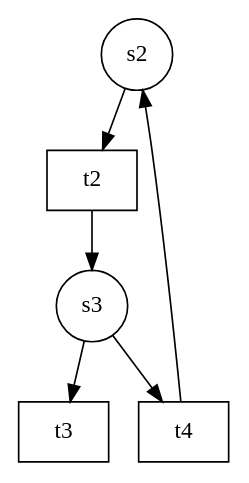
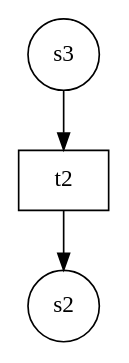
The diagram in Reduktionsalgorithmen/petri-netz.gv (dnannen/reduction-of-petri-nets), drawn with Graphviz before and after one commit. The commit also changed 1 other file, not shown here.

```diff
--- a/Reduktionsalgorithmen/petri-netz.gv
+++ b/Reduktionsalgorithmen/petri-netz.gv
@@ -1,13 +1,8 @@
 digraph petrinet{
 node[shape=circle];
 "s2";
 "s3";
 "t2" [shape=box];
-"t3" [shape=box];
-"t4" [shape=box];
-"s2"->"t2"
-"s3"->"t3"
-"s3"->"t4"
-"t2"->"s3"
-"t4"->"s2"
+"s3"->"t2"
+"t2"->"s2"
 }
```
